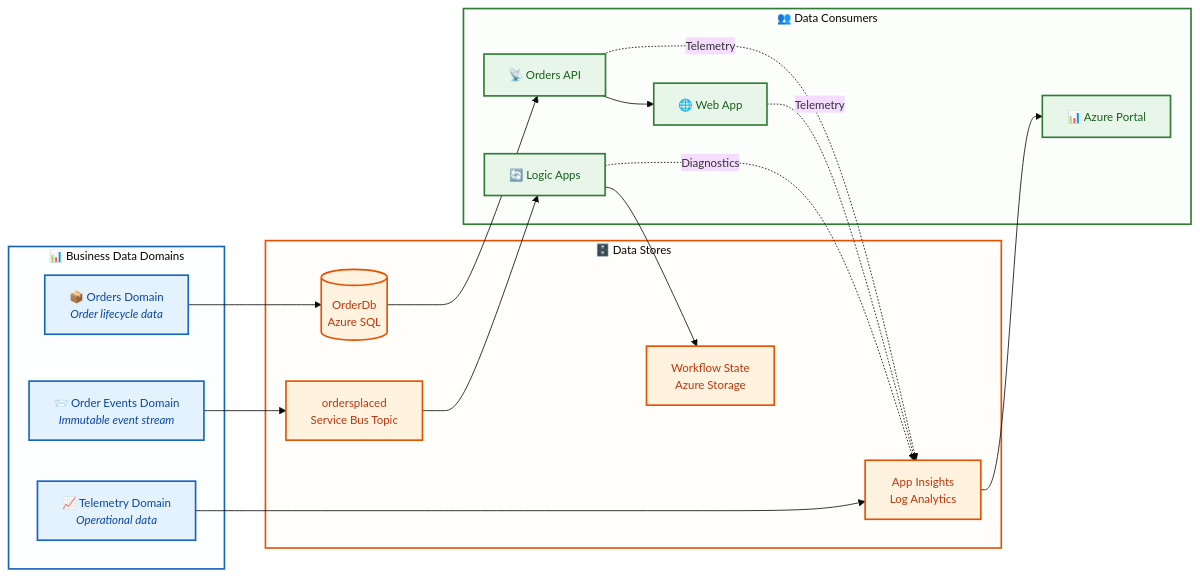
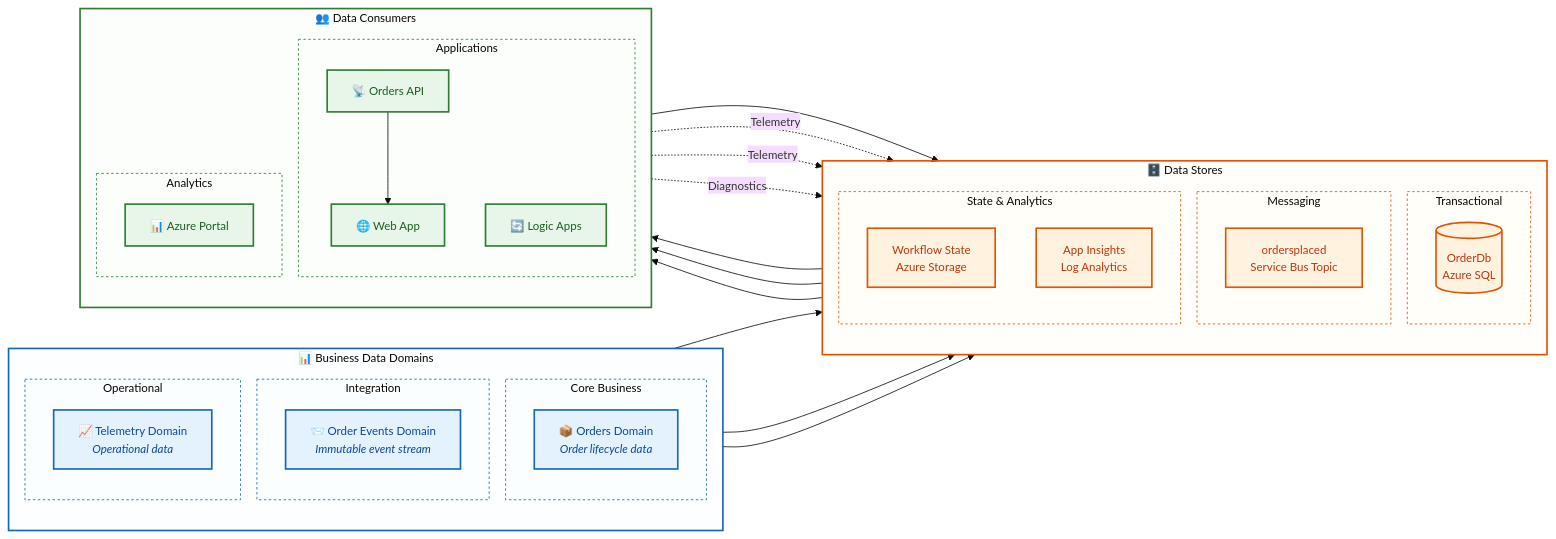
One commit to Evilazaro/Azure-LogicApps-Monitoring changed the first of 6 diagrams in docs/architecture/02-data-architecture.md. Above: the diagram before and after it, drawn with Mermaid. The commit also changed other lines of this file, not shown here.

Commit message:
Refactor data architecture diagrams with improved subgraph organization for clearer domain and store separation

````diff
--- a/docs/architecture/02-data-architecture.md
+++ b/docs/architecture/02-data-architecture.md
@@ -38,51 +38,81 @@
 ```mermaid
 %%{init: {'theme': 'base', 'themeVariables': { 'fontSize': '14px'}}}%%
 flowchart LR
     subgraph BusinessDomains["📊 Business Data Domains"]
-        Orders["📦 Orders Domain<br/><i>Order lifecycle data</i>"]
-        Events["📨 Order Events Domain<br/><i>Immutable event stream</i>"]
-        Telemetry["📈 Telemetry Domain<br/><i>Operational data</i>"]
+        direction TB
+        subgraph CoreDomain["Core Business"]
+            Orders["📦 Orders Domain<br/><i>Order lifecycle data</i>"]
+        end
+        subgraph IntegrationDomain["Integration"]
+            Events["📨 Order Events Domain<br/><i>Immutable event stream</i>"]
+        end
+        subgraph OperationalDomain["Operational"]
+            Telemetry["📈 Telemetry Domain<br/><i>Operational data</i>"]
+        end
     end
 
     subgraph DataStores["🗄️ Data Stores"]
-        OrderDb[("OrderDb<br/>Azure SQL")]
-        EventStore["ordersplaced<br/>Service Bus Topic"]
-        WorkflowState["Workflow State<br/>Azure Storage"]
-        AppInsights["App Insights<br/>Log Analytics"]
+        direction TB
+        subgraph TransactionalStores["Transactional"]
+            OrderDb[("OrderDb<br/>Azure SQL")]
+        end
+        subgraph MessagingStores["Messaging"]
+            EventStore["ordersplaced<br/>Service Bus Topic"]
+        end
+        subgraph StateStores["State & Analytics"]
+            WorkflowState["Workflow State<br/>Azure Storage"]
+            AppInsights["App Insights<br/>Log Analytics"]
+        end
     end
 
     subgraph Consumers["👥 Data Consumers"]
-        API["📡 Orders API"]
-        WebApp["🌐 Web App"]
-        LogicApp["🔄 Logic Apps"]
-        Dashboard["📊 Azure Portal"]
+        direction TB
+        subgraph ApplicationConsumers["Applications"]
+            API["📡 Orders API"]
+            WebApp["🌐 Web App"]
+            LogicApp["🔄 Logic Apps"]
+        end
+        subgraph AnalyticsConsumers["Analytics"]
+            Dashboard["📊 Azure Portal"]
+        end
     end
 
+    %% Domain to Store mappings
     Orders --> OrderDb
     Events --> EventStore
     Telemetry --> AppInsights
 
+    %% Store to Consumer flows
     OrderDb --> API
     API --> WebApp
     EventStore --> LogicApp
     LogicApp --> WorkflowState
     
+    %% Telemetry flows (dotted for observability)
     API -.->|"Telemetry"| AppInsights
     WebApp -.->|"Telemetry"| AppInsights
     LogicApp -.->|"Diagnostics"| AppInsights
     AppInsights --> Dashboard
 
     %% Accessible color palette with clear domain separation
     classDef domain fill:#e3f2fd,stroke:#1565c0,stroke-width:2px,color:#0d47a1
     classDef store fill:#fff3e0,stroke:#e65100,stroke-width:2px,color:#bf360c
     classDef consumer fill:#e8f5e9,stroke:#2e7d32,stroke-width:2px,color:#1b5e20
 
     class Orders,Events,Telemetry domain
     class OrderDb,EventStore,WorkflowState,AppInsights store
     class API,WebApp,LogicApp,Dashboard consumer
 
     %% Subgraph container styling for visual layer grouping
     style BusinessDomains fill:#e3f2fd22,stroke:#1565c0,stroke-width:2px
     style DataStores fill:#fff3e022,stroke:#e65100,stroke-width:2px
     style Consumers fill:#e8f5e922,stroke:#2e7d32,stroke-width:2px
+    style CoreDomain fill:#e3f2fd11,stroke:#1565c0,stroke-width:1px,stroke-dasharray:3
+    style IntegrationDomain fill:#e3f2fd11,stroke:#1565c0,stroke-width:1px,stroke-dasharray:3
+    style OperationalDomain fill:#e3f2fd11,stroke:#1565c0,stroke-width:1px,stroke-dasharray:3
+    style TransactionalStores fill:#fff3e011,stroke:#e65100,stroke-width:1px,stroke-dasharray:3
+    style MessagingStores fill:#fff3e011,stroke:#e65100,stroke-width:1px,stroke-dasharray:3
+    style StateStores fill:#fff3e011,stroke:#e65100,stroke-width:1px,stroke-dasharray:3
+    style ApplicationConsumers fill:#e8f5e911,stroke:#2e7d32,stroke-width:1px,stroke-dasharray:3
+    style AnalyticsConsumers fill:#e8f5e911,stroke:#2e7d32,stroke-width:1px,stroke-dasharray:3
 ```
````
